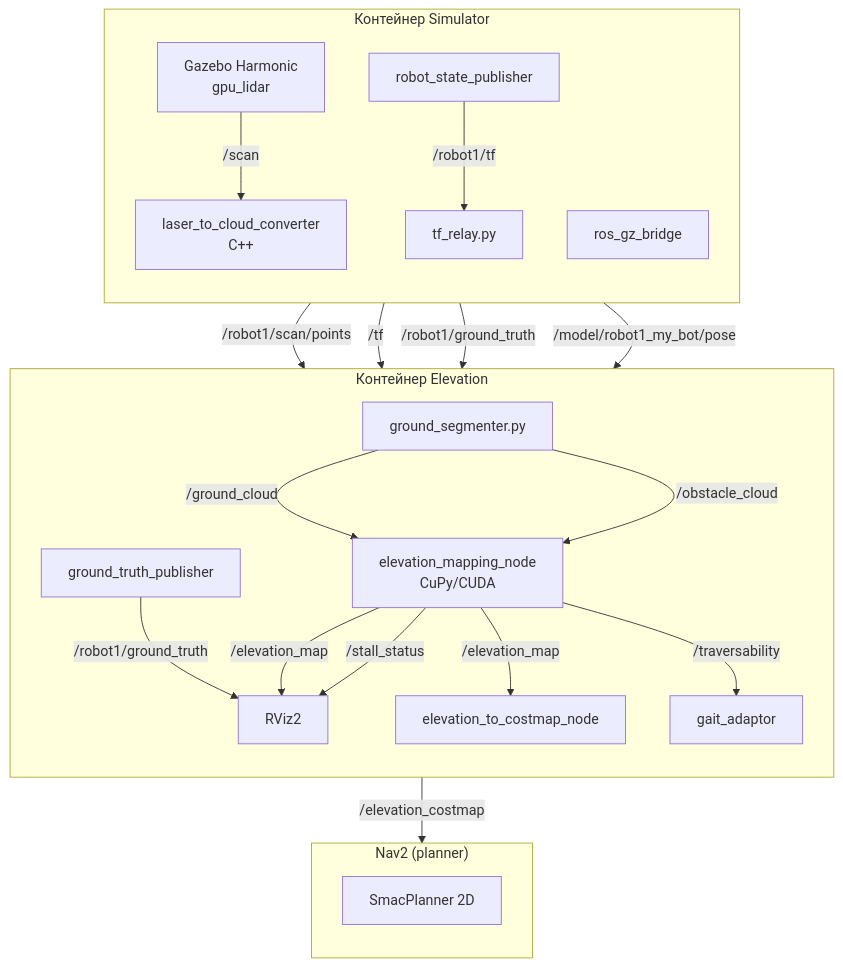
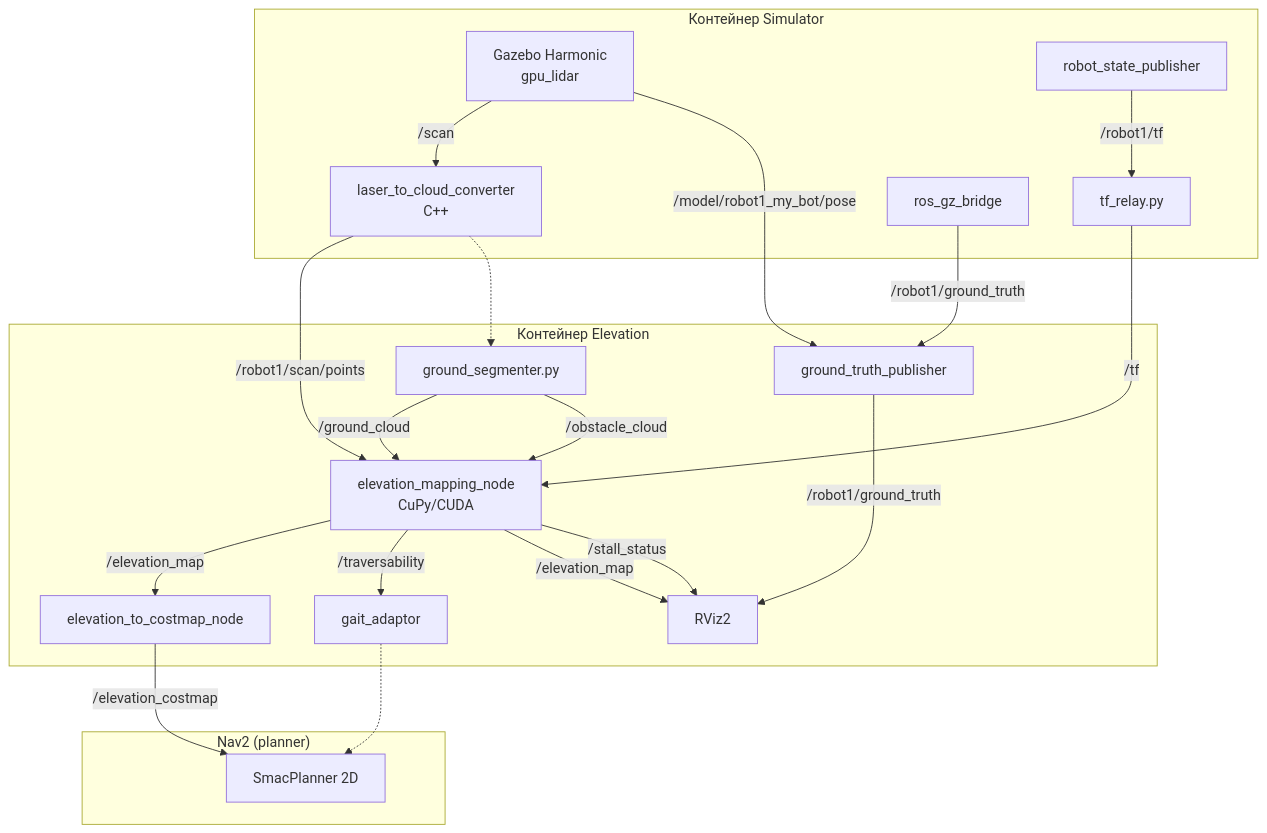
The first of 2 diagrams in docs/NIRS/ch3_02_architecture.md (RedAlexDad/WalkingRobotSim), drawn with Mermaid before and after one commit.

Commit message:
fix: принудительная вертикальная компоновка контейнеров в диаграмме
Добавлены невидимые пунктирные связи между подграфами
Sim->Elev и Elev->Nav2 для принудительного вертикального
выравнивания контейнеров.

````diff
--- a/docs/NIRS/ch3_02_architecture.md
+++ b/docs/NIRS/ch3_02_architecture.md
@@ -11,41 +11,41 @@
 ```mermaid
-graph TB
+flowchart TB
     subgraph Sim["Контейнер Simulator"]
-        direction TB
         GZ[Gazebo Harmonic<br/>gpu_lidar]
         L2C[laser_to_cloud_converter<br/>C++]
         RSP[robot_state_publisher]
         REL[tf_relay.py]
         GZB[ros_gz_bridge]
     end
 
     subgraph Elev["Контейнер Elevation"]
-        direction TB
         GS[ground_segmenter.py]
         EM[elevation_mapping_node<br/>CuPy/CUDA]
         CB[elevation_to_costmap_node]
         GA[gait_adaptor]
         GT[ground_truth_publisher]
         RV[RViz2]
     end
 
     subgraph Nav2["Nav2 (planner)"]
-        direction TB
         SP[SmacPlanner 2D]
     end
 
     GZ -->|/scan| L2C
     L2C -->|/robot1/scan/points| EM
     RSP -->|/robot1/tf| REL
     REL -->|/tf| EM
     GZB -->|/robot1/ground_truth| GT
     GZ -->|/model/robot1_my_bot/pose| GT
     GT -->|/robot1/ground_truth| RV
     GS -->|/ground_cloud| EM
     GS -->|/obstacle_cloud| EM
     EM -->|/elevation_map| CB
     EM -->|/traversability| GA
     CB -->|/elevation_costmap| SP
     EM -->|/elevation_map| RV
     EM -->|/stall_status| RV
+
+    L2C -.->|" "| GS
+    GA -.->|" "| SP
 ```
````
